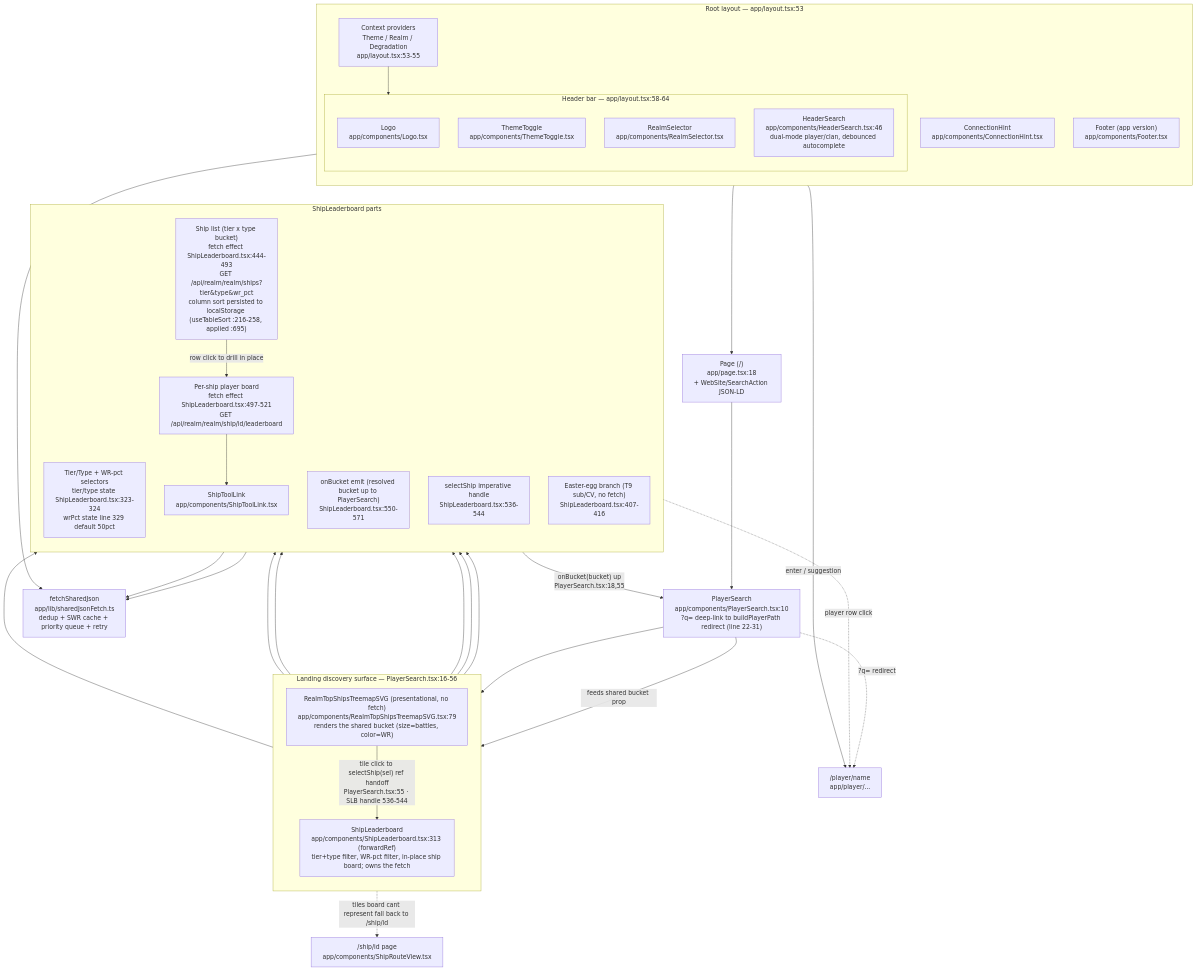
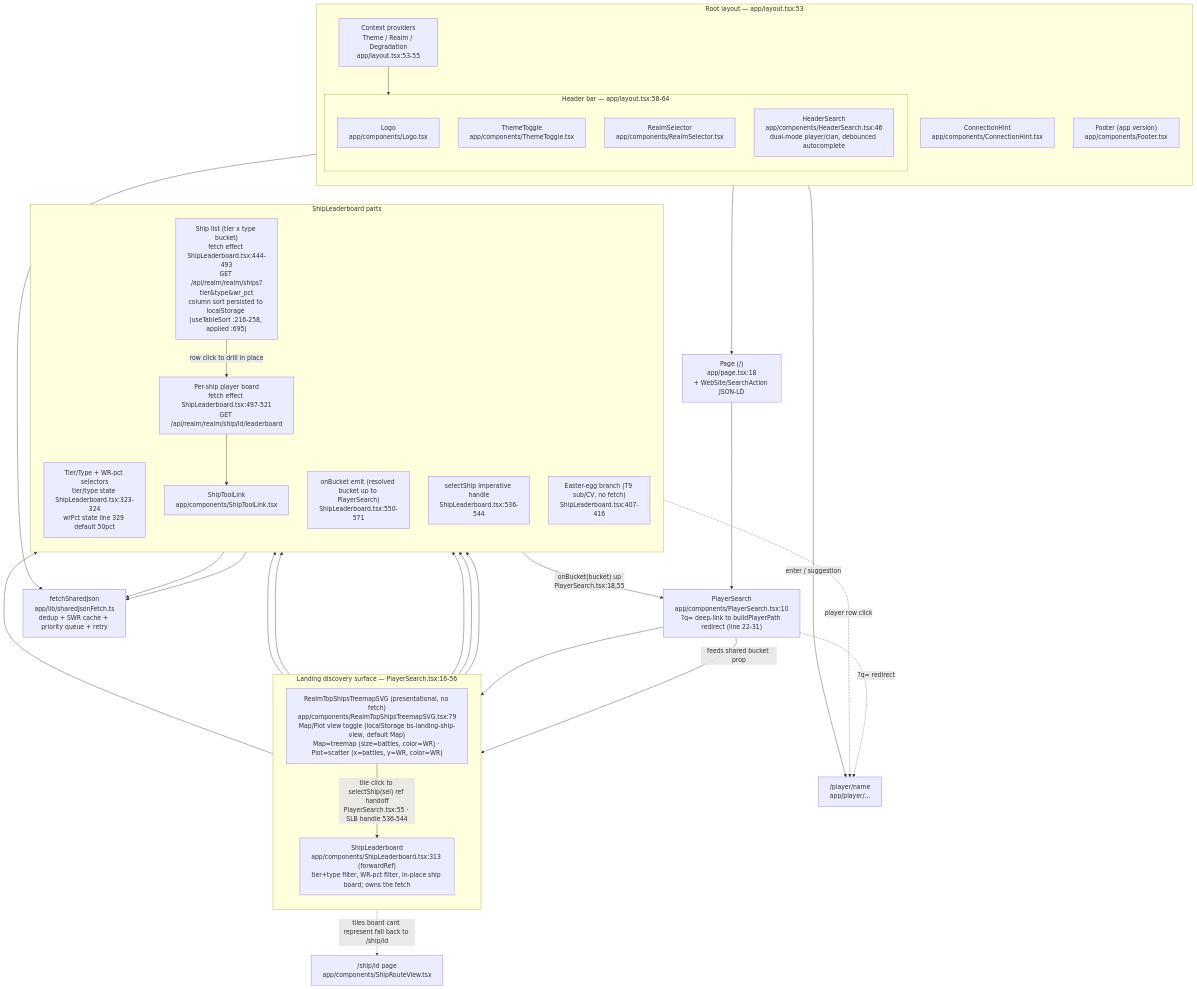
One commit to nitro-panks/battlestats changed the diagram in agents/diagrams/fe-landing-page-components.md. Above: the diagram before and after it, drawn with Mermaid. The commit also changed other lines of this file and 2 other files, not shown here.

First line of the commit message:
feat(landing): add Map/Plot view toggle to the ship chart

````diff
--- a/agents/diagrams/fe-landing-page-components.md
+++ b/agents/diagrams/fe-landing-page-components.md
@@ -12,70 +12,70 @@
 ```mermaid
 flowchart TD
     %% ---- Root chrome (app/layout.tsx) ----
     subgraph LAYOUT["Root layout — app/layout.tsx:53"]
         direction TB
         PROVIDERS["Context providers<br/>Theme / Realm / Degradation<br/>app/layout.tsx:53-55"]
         subgraph HEADER["Header bar — app/layout.tsx:58-64"]
             LOGO["Logo<br/>app/components/Logo.tsx"]
             THEME["ThemeToggle<br/>app/components/ThemeToggle.tsx"]
             REALM["RealmSelector<br/>app/components/RealmSelector.tsx"]
             HSEARCH["HeaderSearch<br/>app/components/HeaderSearch.tsx:46<br/>dual-mode player/clan, debounced autocomplete"]
         end
         CONNHINT["ConnectionHint<br/>app/components/ConnectionHint.tsx"]
         FOOTER["Footer (app version)<br/>app/components/Footer.tsx"]
     end
 
     %% ---- Landing page body ----
     PAGE["Page (/)<br/>app/page.tsx:18<br/>+ WebSite/SearchAction JSON-LD"]
     PSEARCH["PlayerSearch<br/>app/components/PlayerSearch.tsx:10<br/>?q= deep-link to buildPlayerPath redirect (line 22-31)"]
 
     %% ---- Discovery surface ----
     subgraph BODY["Landing discovery surface — PlayerSearch.tsx:16-56"]
         direction TB
-        TREEMAP["RealmTopShipsTreemapSVG (presentational, no fetch)<br/>app/components/RealmTopShipsTreemapSVG.tsx:79<br/>renders the shared bucket (size=battles, color=WR)"]
+        TREEMAP["RealmTopShipsTreemapSVG (presentational, no fetch)<br/>app/components/RealmTopShipsTreemapSVG.tsx:79<br/>Map/Plot view toggle (localStorage bs-landing-ship-view, default Map)<br/>Map=treemap (size=battles, color=WR) · Plot=scatter (x=battles, y=WR, color=WR)"]
         SHIPLB["ShipLeaderboard<br/>app/components/ShipLeaderboard.tsx:313 (forwardRef)<br/>tier+type filter, WR-pct filter, in-place ship board; owns the fetch"]
     end
 
     %% ---- ShipLeaderboard internals ----
     subgraph SLB_INTERNALS["ShipLeaderboard parts"]
         direction TB
         SELECTORS["Tier/Type + WR-pct selectors<br/>tier/type state ShipLeaderboard.tsx:323-324<br/>wrPct state line 329 default 50pct"]
         LIST["Ship list (tier x type bucket)<br/>fetch effect ShipLeaderboard.tsx:444-493<br/>GET /api/realm/realm/ships?tier&type&wr_pct<br/>column sort persisted to localStorage (useTableSort :216-258, applied :695)"]
         BOARD["Per-ship player board<br/>fetch effect ShipLeaderboard.tsx:497-521<br/>GET /api/realm/realm/ship/id/leaderboard"]
         EMIT["onBucket emit (resolved bucket up to PlayerSearch)<br/>ShipLeaderboard.tsx:550-571"]
         HANDLE["selectShip imperative handle<br/>ShipLeaderboard.tsx:536-544"]
         EGG["Easter-egg branch (T9 sub/CV, no fetch)<br/>ShipLeaderboard.tsx:407-416"]
         STOOL["ShipToolLink<br/>app/components/ShipToolLink.tsx"]
     end
 
     %% ---- Shared infra ----
     FETCH["fetchSharedJson<br/>app/lib/sharedJsonFetch.ts<br/>dedup + SWR cache + priority queue + retry"]
 
     %% ---- edges ----
     PROVIDERS --> HEADER
     LAYOUT --> PAGE
     PAGE --> PSEARCH
     PSEARCH -- "feeds shared bucket prop" --> TREEMAP
     PSEARCH --> SHIPLB
 
     TREEMAP -- "tile click to selectShip(sel) ref handoff<br/>PlayerSearch.tsx:55 · SLB handle 536-544" --> SHIPLB
     TREEMAP -. "tiles board cant represent fall back to /ship/id" .-> SHIPROUTE["/ship/id page<br/>app/components/ShipRouteView.tsx"]
 
     SHIPLB --> SELECTORS
     SHIPLB --> LIST
     SHIPLB --> BOARD
     SHIPLB --> EMIT
     SHIPLB --> HANDLE
     SHIPLB --> EGG
     BOARD --> STOOL
     LIST -- "row click to drill in place" --> BOARD
     EMIT -- "onBucket(bucket) up<br/>PlayerSearch.tsx:18,55" --> PSEARCH
 
     HSEARCH -- "enter / suggestion" --> PLAYERPAGE["/player/name<br/>app/player/..."]
     PSEARCH -. "?q= redirect" .-> PLAYERPAGE
     BOARD -. "player row click" .-> PLAYERPAGE
 
     LIST --> FETCH
     BOARD --> FETCH
     HSEARCH --> FETCH
 ```
````
